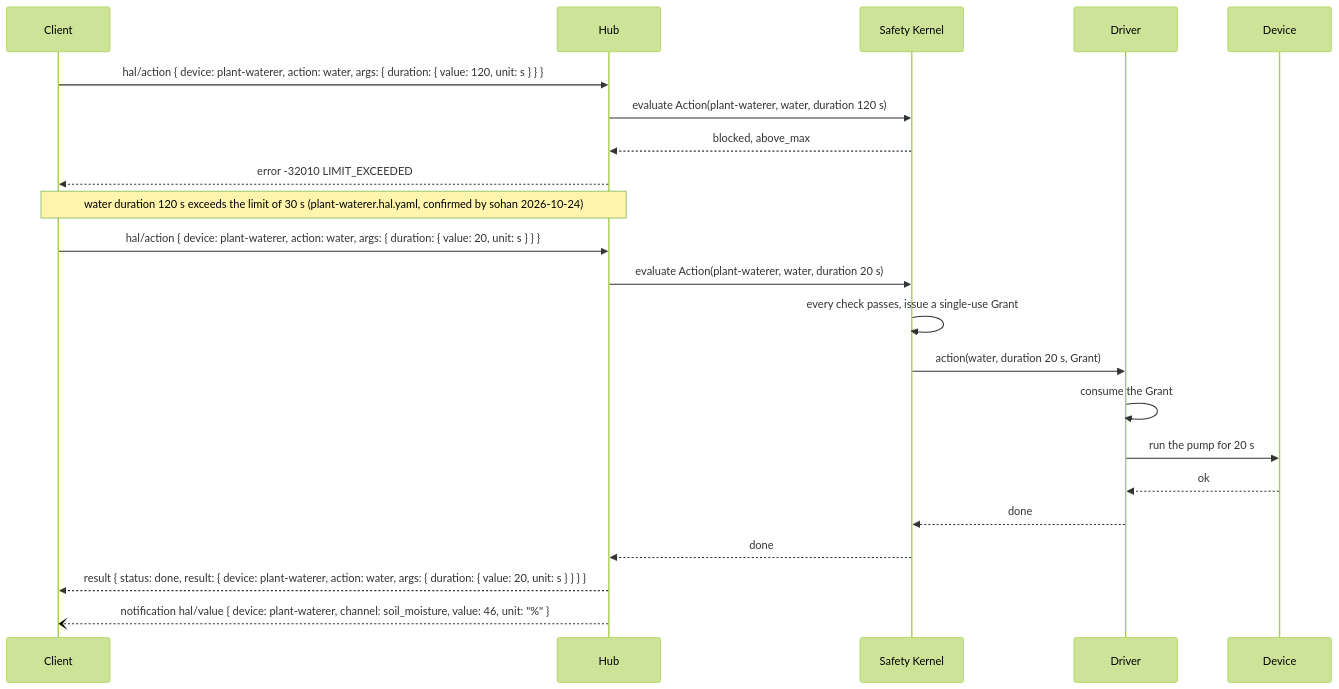
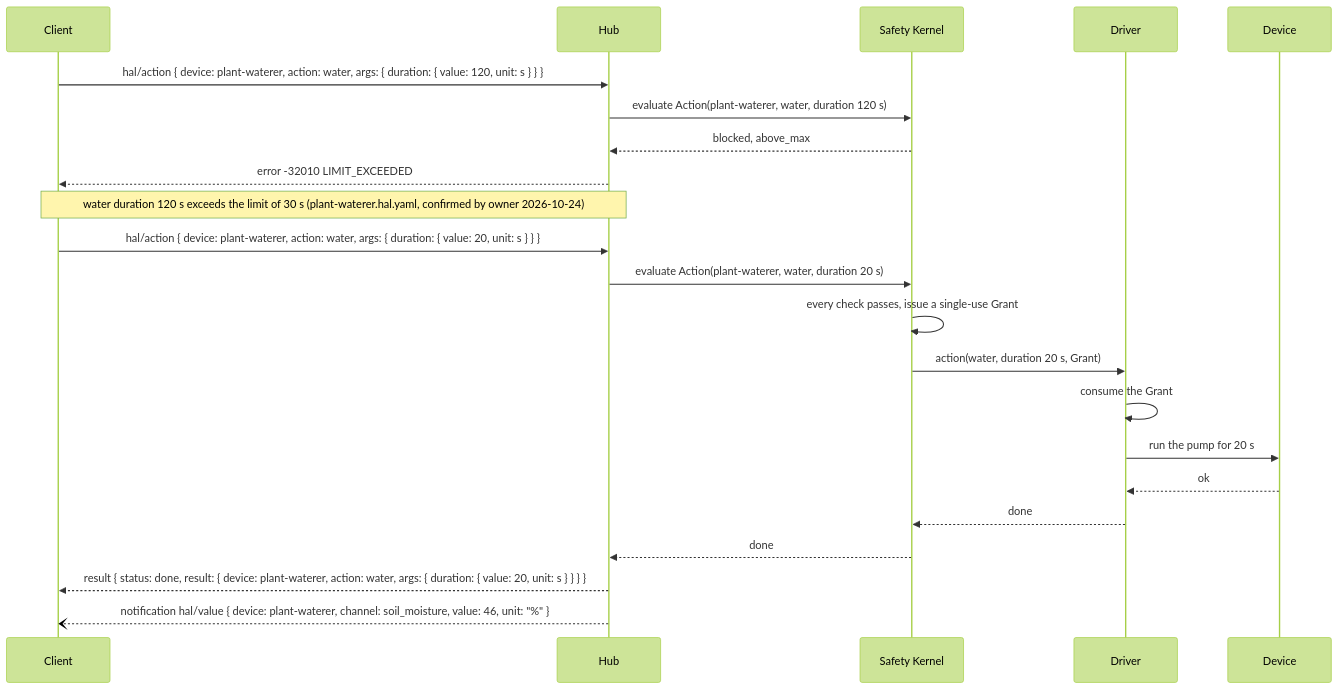
One commit to sohan-bhat/OpenHAL changed the diagram in spec/2026-10-24/architecture.md. Above: the diagram before and after it, drawn with Mermaid (forest theme). The commit also changed other lines of this file and 51 other files, not shown here.

````diff
--- a/spec/2026-10-24/architecture.md
+++ b/spec/2026-10-24/architecture.md
@@ -29,26 +29,26 @@
 ```mermaid
 sequenceDiagram
     participant C as Client
     participant H as Hub
     participant K as Safety Kernel
     participant D as Driver
     participant V as Device
 
     C->>H: hal/action { device: plant-waterer, action: water, args: { duration: { value: 120, unit: s } } }
     H->>K: evaluate Action(plant-waterer, water, duration 120 s)
     K-->>H: blocked, above_max
     H-->>C: error -32010 LIMIT_EXCEEDED
-    Note over C,H: water duration 120 s exceeds the limit of 30 s (plant-waterer.hal.yaml, confirmed by sohan 2026-10-24)
+    Note over C,H: water duration 120 s exceeds the limit of 30 s (plant-waterer.hal.yaml, confirmed by owner 2026-10-24)
 
     C->>H: hal/action { device: plant-waterer, action: water, args: { duration: { value: 20, unit: s } } }
     H->>K: evaluate Action(plant-waterer, water, duration 20 s)
     K->>K: every check passes, issue a single-use Grant
     K->>D: action(water, duration 20 s, Grant)
     D->>D: consume the Grant
     D->>V: run the pump for 20 s
     V-->>D: ok
     D-->>K: done
     K-->>H: done
     H-->>C: result { status: done, result: { device: plant-waterer, action: water, args: { duration: { value: 20, unit: s } } } }
     H--)C: notification hal/value { device: plant-waterer, channel: soil_moisture, value: 46, unit: "%" }
 ```
````
